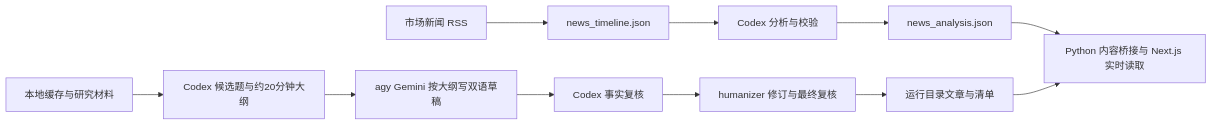
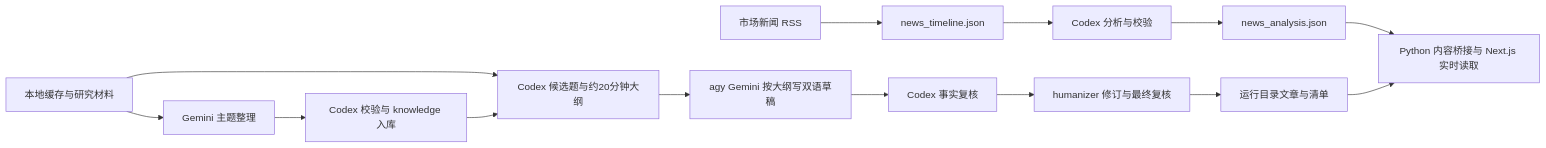
The diagram in docs/website-workflow.md (guiyang882/news-claw), drawn with Mermaid before and after one commit. The commit also changed other lines of this file and 30 other files, not shown here.

Commit message:
Add Gemini topic workflows with Codex-reviewed knowledge

````diff
--- a/docs/website-workflow.md
+++ b/docs/website-workflow.md
@@ -7,13 +7,16 @@
 ```mermaid
 flowchart LR
     A[市场新闻 RSS] --> B[news_timeline.json]
     B --> C[Codex 分析与校验]
     C --> D[news_analysis.json]
     D --> E[Python 内容桥接与 Next.js 实时读取]
     F[本地缓存与研究材料] --> T[Codex 候选题与约20分钟大纲]
+    F --> K[Gemini 主题整理]
+    K --> L[Codex 校验与 knowledge 入库]
+    L --> T
     T --> G[agy Gemini 按大纲写双语草稿]
     G --> H[Codex 事实复核]
     H --> I[humanizer 修订与最终复核]
     I --> J[运行目录文章与清单]
     J --> E
 ```
````
